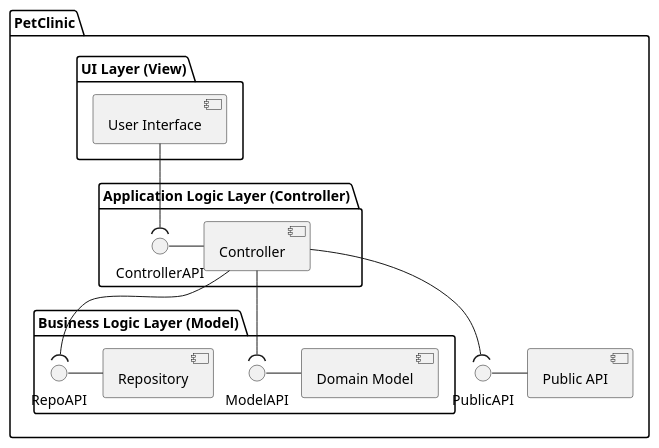
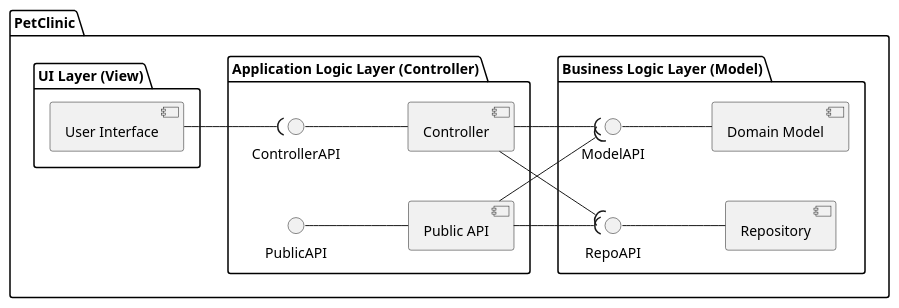
The diagram in docs/PetClinic_VL_L3.puml (NunoMarmeleiro/spring-petclinic), drawn with PlantUML before and after one commit. The commit also changed 1 other file, not shown here.

Commit message:
updated logic view diagram

```diff
--- a/docs/PetClinic_VL_L3.puml
+++ b/docs/PetClinic_VL_L3.puml
@@ -1,30 +1,30 @@
 @startuml
 'https://plantuml.com/component-diagram
-
+left to right direction
 
 package "PetClinic" {
 
   package "UI Layer (View)" {
      [User Interface]
   }
 
   package "Application Logic Layer (Controller)" {
-     ControllerAPI-[Controller]
+     ControllerAPI--[Controller]
+     PublicAPI--[Public API]
   }
 
   package "Business Logic Layer (Model)" {
-     ModelAPI-[Domain Model]
-     RepoAPI-[Repository]
+     ModelAPI--[Domain Model]
+     RepoAPI--[Repository]
   }
 
-  PublicAPI-[Public API]
 }
-
-
 
 [User Interface] --( ControllerAPI
 [Controller] --( ModelAPI
 [Controller] --( RepoAPI
-[Controller] --( PublicAPI
+[Public API] --( ModelAPI
+[Public API] --( RepoAPI
+
 
 @enduml
```
